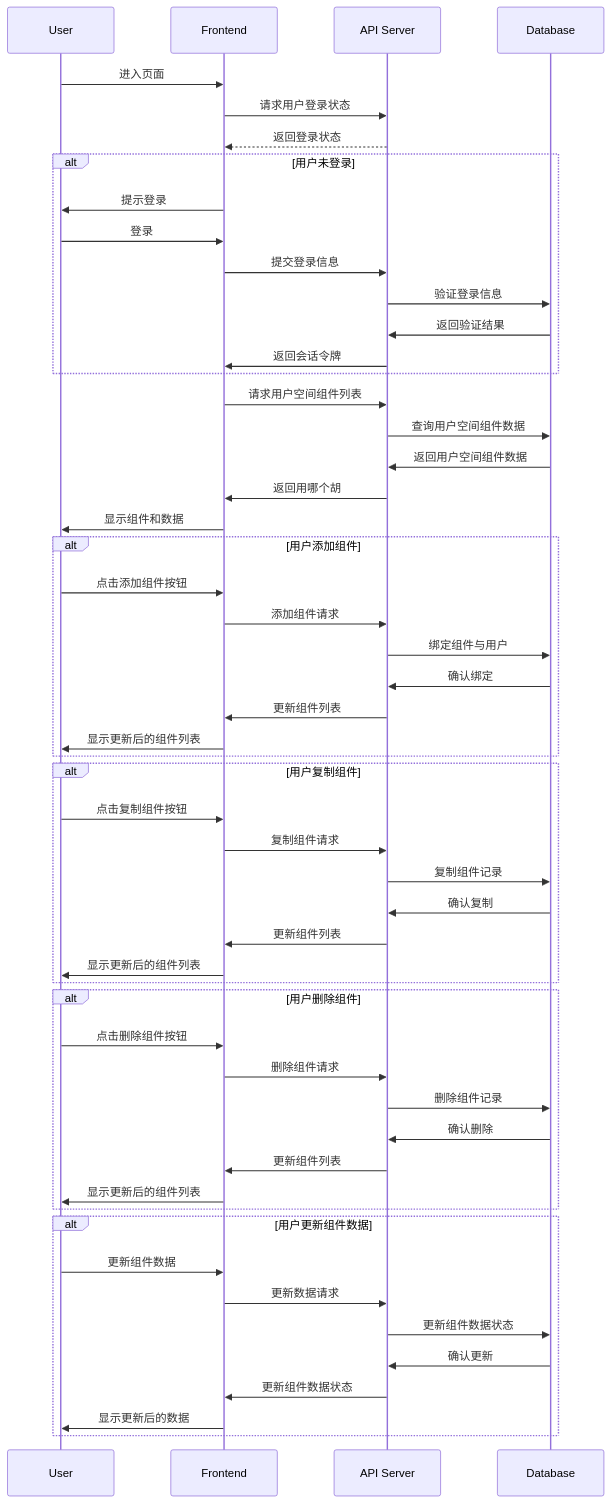
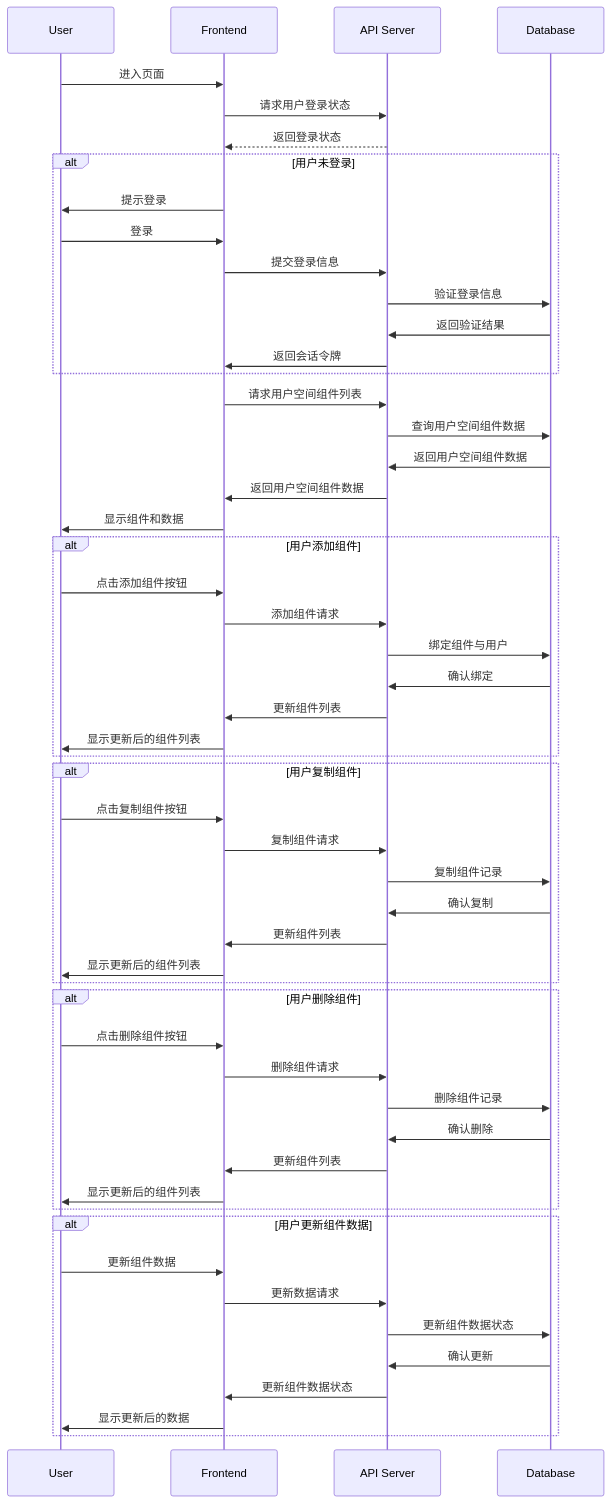
Before and after one commit to yingjianzh/iodraw-files: the diagram in all/未命名-7.md, drawn with Mermaid.

Commit message:
2024-10-09 10:20:30 update

````diff
--- a/all/未命名-7.md
+++ b/all/未命名-7.md
@@ -1,62 +1,62 @@
 ```mermaid
 sequenceDiagram
     participant User
     participant Frontend
     participant API Server
     participant Database
 
     User->>Frontend: 进入页面
     Frontend->>API Server: 请求用户登录状态
     API Server-->>Frontend: 返回登录状态
     alt 用户未登录
         Frontend->>User: 提示登录
         User->>Frontend: 登录
         Frontend->>API Server: 提交登录信息
         API Server->>Database: 验证登录信息
         Database->>API Server: 返回验证结果
         API Server->>Frontend: 返回会话令牌
     end
 
     Frontend->>API Server: 请求用户空间组件列表
     API Server->>Database: 查询用户空间组件数据
     Database->>API Server: 返回用户空间组件数据
-    API Server->>Frontend: 返回用哪个胡
+    API Server->>Frontend: 返回用户空间组件数据
     Frontend->>User: 显示组件和数据
 
     alt 用户添加组件
         User->>Frontend: 点击添加组件按钮
         Frontend->>API Server: 添加组件请求
         API Server->>Database: 绑定组件与用户
         Database->>API Server: 确认绑定
         API Server->>Frontend: 更新组件列表
         Frontend->>User: 显示更新后的组件列表
     end
 
     alt 用户复制组件
         User->>Frontend: 点击复制组件按钮
         Frontend->>API Server: 复制组件请求
         API Server->>Database: 复制组件记录
         Database->>API Server: 确认复制
         API Server->>Frontend: 更新组件列表
         Frontend->>User: 显示更新后的组件列表
     end
 
     alt 用户删除组件
         User->>Frontend: 点击删除组件按钮
         Frontend->>API Server: 删除组件请求
         API Server->>Database: 删除组件记录
         Database->>API Server: 确认删除
         API Server->>Frontend: 更新组件列表
         Frontend->>User: 显示更新后的组件列表
     end
 
     alt 用户更新组件数据
         User->>Frontend: 更新组件数据
         Frontend->>API Server: 更新数据请求
         API Server->>Database: 更新组件数据状态
         Database->>API Server: 确认更新
         API Server->>Frontend: 更新组件数据状态
         Frontend->>User: 显示更新后的数据
     end
 
 ```
````
